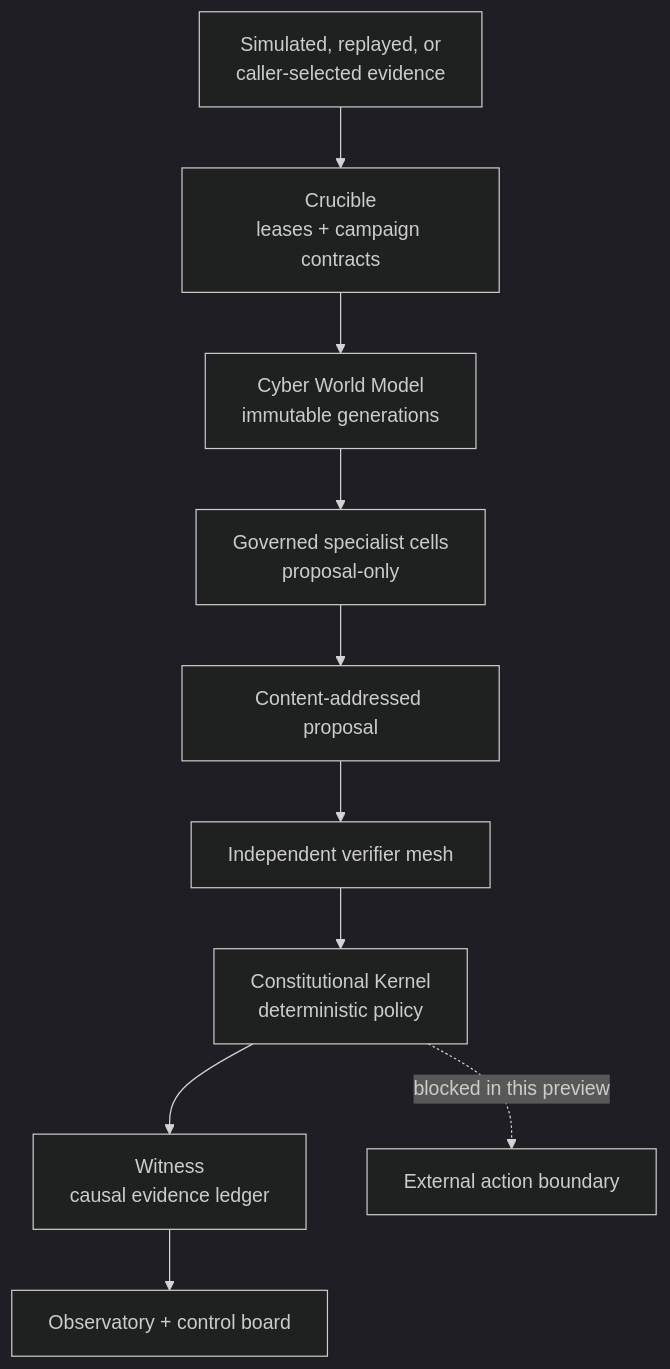
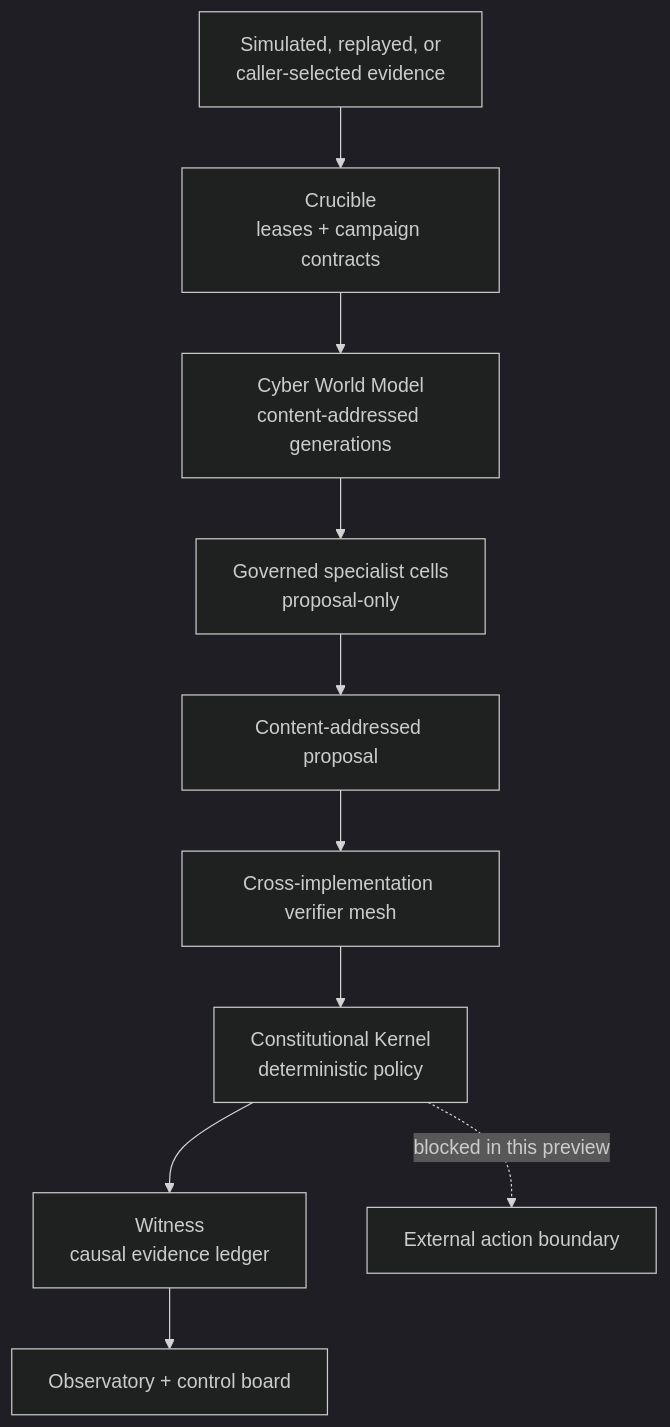
One commit to ObtuseAI/nimrod changed the second of 4 diagrams in README.md. Above: the diagram before and after it, drawn with Mermaid (dark theme). The commit also changed other lines of this file and 1 other file, not shown here.

````diff
--- a/README.md
+++ b/README.md
@@ -112,23 +130,23 @@
 ```mermaid
 flowchart TB
     INPUT["Simulated, replayed, or<br/>caller-selected evidence"]
     CRUCIBLE["Crucible<br/>leases + campaign contracts"]
-    WORLD["Cyber World Model<br/>immutable generations"]
+    WORLD["Cyber World Model<br/>content-addressed generations"]
     SWARM["Governed specialist cells<br/>proposal-only"]
     PROPOSAL["Content-addressed proposal"]
-    MESH["Independent verifier mesh"]
+    MESH["Cross-implementation verifier mesh"]
     KERNEL["Constitutional Kernel<br/>deterministic policy"]
     WITNESS["Witness<br/>causal evidence ledger"]
     OBS["Observatory + control board"]
     EXTERNAL["External action boundary"]
 
     INPUT --> CRUCIBLE
     CRUCIBLE --> WORLD
     WORLD --> SWARM
     SWARM --> PROPOSAL
     PROPOSAL --> MESH
     MESH --> KERNEL
     KERNEL --> WITNESS
     WITNESS --> OBS
     KERNEL -. "blocked in this preview" .-> EXTERNAL
 ```
````
